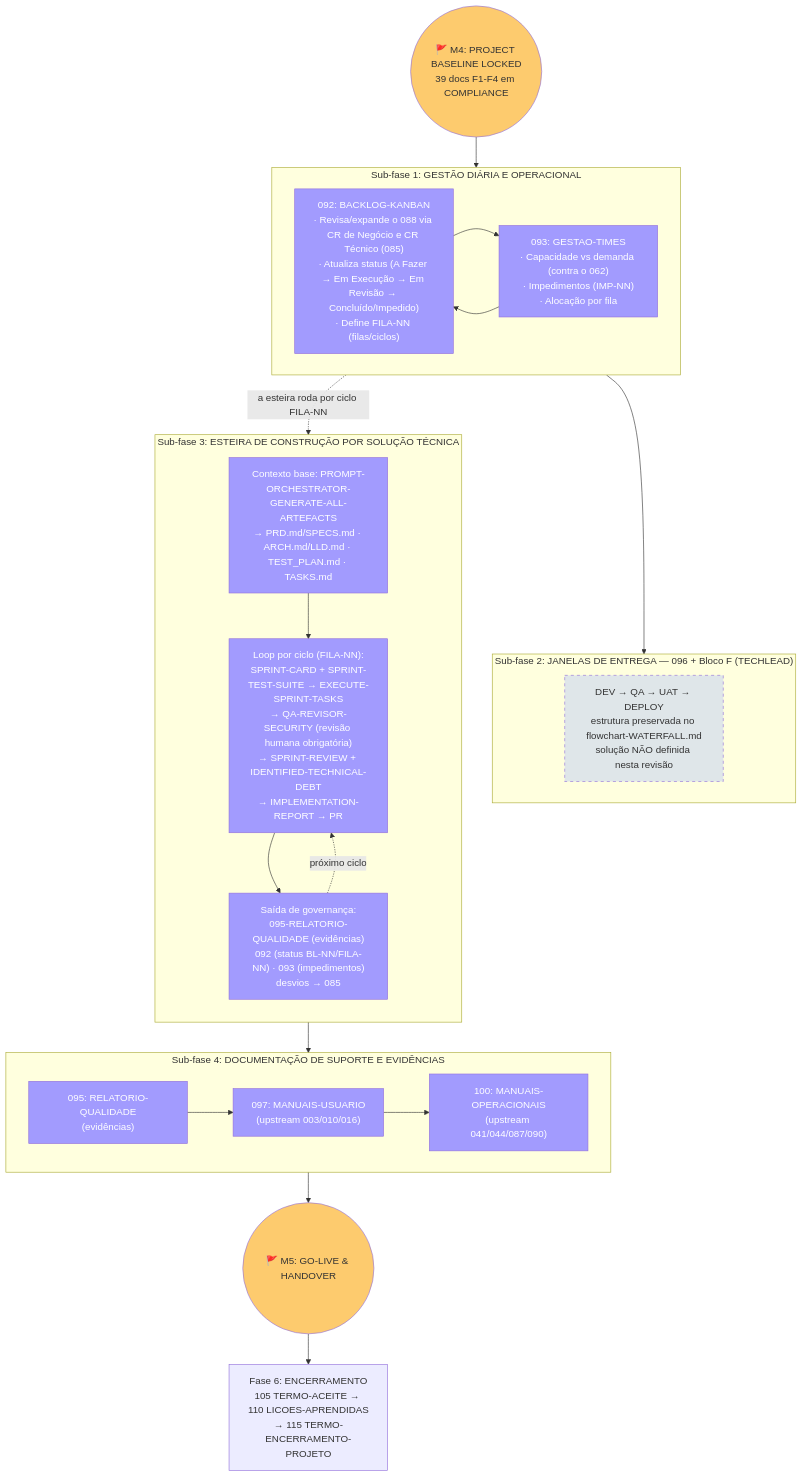
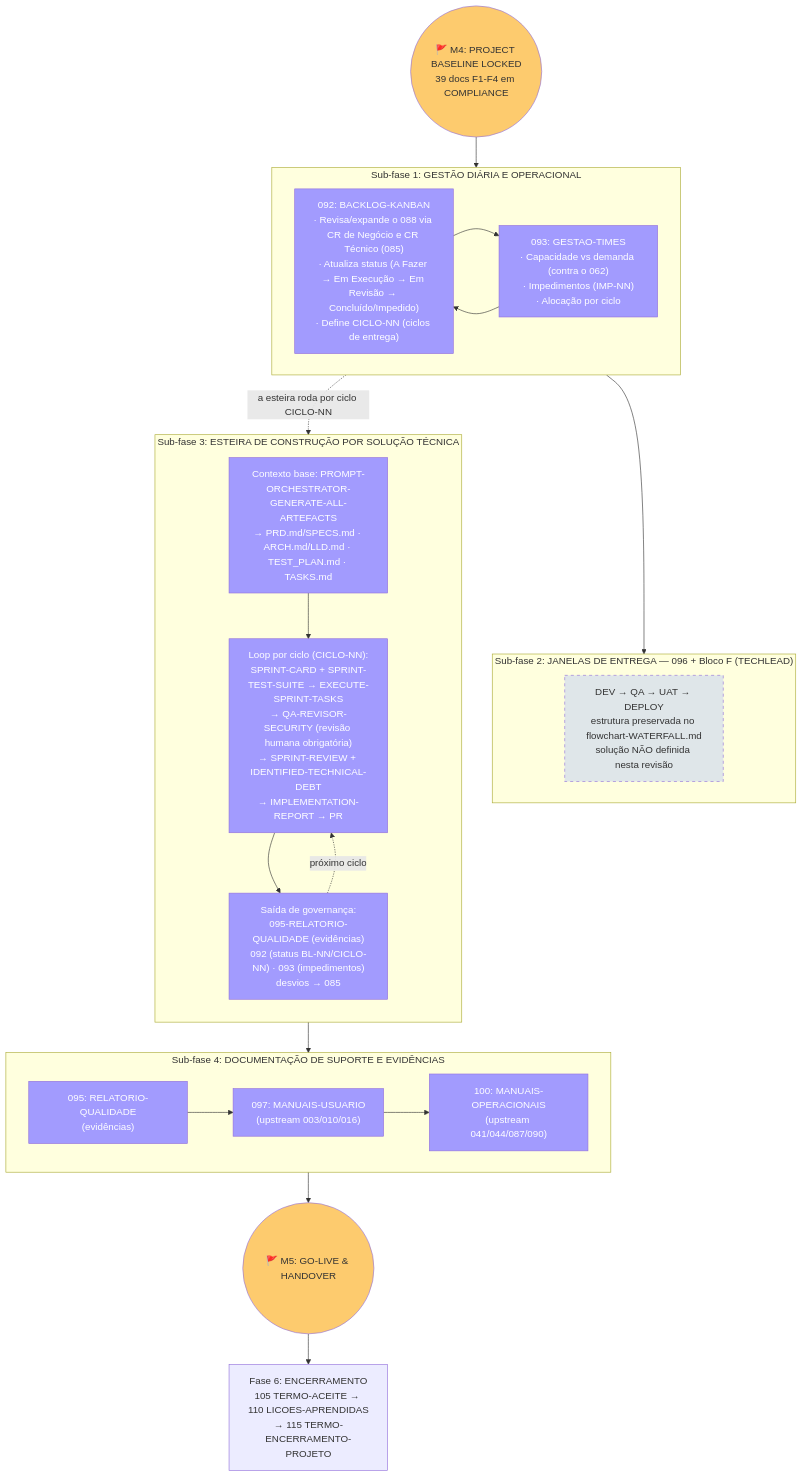
Before and after one commit to bolismar69/workspace-fbso: the fifth of 11 diagrams in .specs/prompts/project-documents-waterfall/FLOWCHART-PROMPT-ROADMAP-GENERATE-PROJECT-DOCUMENTS-WATERFALL.md, drawn with Mermaid. The commit also changed other lines of this file and 28 other files, not shown here.

First line of the commit message:
feat: vocabulário de execução — CICLO-NN, Sub-fase 1.5, 580-PACKAGE-BACKLOG, 590-ciclo-NNN e formas duplas ciclo/sprint

````diff
--- a/.specs/prompts/project-documents-waterfall/FLOWCHART-PROMPT-ROADMAP-GENERATE-PROJECT-DOCUMENTS-WATERFALL.md
+++ b/.specs/prompts/project-documents-waterfall/FLOWCHART-PROMPT-ROADMAP-GENERATE-PROJECT-DOCUMENTS-WATERFALL.md
@@ -430,50 +430,50 @@
 ```mermaid
 flowchart TD
     M4_IN(("🚩 M4: PROJECT BASELINE LOCKED<br/>39 docs F1-F4 em COMPLIANCE")) --> SF1
 
     subgraph SF1["Sub-fase 1: GESTÃO DIÁRIA E OPERACIONAL"]
         direction LR
-        D092_GEN["092: BACKLOG-KANBAN<br/>· Revisa/expande o 088 via CR de Negócio e CR Técnico (085)<br/>· Atualiza status (A Fazer → Em Execução → Em Revisão → Concluído/Impedido)<br/>· Define FILA-NN (filas/ciclos)"] --> D093_GEN["093: GESTAO-TIMES<br/>· Capacidade vs demanda (contra o 062)<br/>· Impedimentos (IMP-NN)<br/>· Alocação por fila"]
+        D092_GEN["092: BACKLOG-KANBAN<br/>· Revisa/expande o 088 via CR de Negócio e CR Técnico (085)<br/>· Atualiza status (A Fazer → Em Execução → Em Revisão → Concluído/Impedido)<br/>· Define CICLO-NN (ciclos de entrega)"] --> D093_GEN["093: GESTAO-TIMES<br/>· Capacidade vs demanda (contra o 062)<br/>· Impedimentos (IMP-NN)<br/>· Alocação por ciclo"]
         D093_GEN --> D092_GEN
     end
 
     SF1 --> SF2
 
     subgraph SF2["Sub-fase 2: JANELAS DE ENTREGA — 096 + Bloco F (TECHLEAD)"]
         JANELAS["DEV → QA → UAT → DEPLOY<br/>estrutura preservada no flowchart-WATERFALL.md<br/>solução NÃO definida nesta revisão"]
     end
 
-    SF1 -.->|"a esteira roda por ciclo FILA-NN"| SF3
+    SF1 -.->|"a esteira roda por ciclo CICLO-NN"| SF3
 
     subgraph SF3["Sub-fase 3: ESTEIRA DE CONSTRUÇÃO POR SOLUÇÃO TÉCNICA"]
         direction TB
-        CTX["Contexto base: PROMPT-ORCHESTRATOR-GENERATE-ALL-ARTEFACTS<br/>→ PRD.md/SPECS.md · ARCH.md/LLD.md · TEST_PLAN.md · TASKS.md"] --> CICLO["Loop por ciclo (FILA-NN):<br/>SPRINT-CARD + SPRINT-TEST-SUITE → EXECUTE-SPRINT-TASKS<br/>→ QA-REVISOR-SECURITY (revisão humana obrigatória)<br/>→ SPRINT-REVIEW + IDENTIFIED-TECHNICAL-DEBT<br/>→ IMPLEMENTATION-REPORT → PR"]
-        CICLO --> GOV["Saída de governança:<br/>095-RELATORIO-QUALIDADE (evidências)<br/>092 (status BL-NN/FILA-NN) · 093 (impedimentos)<br/>desvios → 085"]
+        CTX["Contexto base: PROMPT-ORCHESTRATOR-GENERATE-ALL-ARTEFACTS<br/>→ PRD.md/SPECS.md · ARCH.md/LLD.md · TEST_PLAN.md · TASKS.md"] --> CICLO["Loop por ciclo (CICLO-NN):<br/>SPRINT-CARD + SPRINT-TEST-SUITE → EXECUTE-SPRINT-TASKS<br/>→ QA-REVISOR-SECURITY (revisão humana obrigatória)<br/>→ SPRINT-REVIEW + IDENTIFIED-TECHNICAL-DEBT<br/>→ IMPLEMENTATION-REPORT → PR"]
+        CICLO --> GOV["Saída de governança:<br/>095-RELATORIO-QUALIDADE (evidências)<br/>092 (status BL-NN/CICLO-NN) · 093 (impedimentos)<br/>desvios → 085"]
         GOV -.->|"próximo ciclo"| CICLO
     end
 
     SF3 --> SF4
 
     subgraph SF4["Sub-fase 4: DOCUMENTAÇÃO DE SUPORTE E EVIDÊNCIAS"]
         direction LR
         D095F2["095: RELATORIO-QUALIDADE<br/>(evidências)"] --> D097F["097: MANUAIS-USUARIO<br/>(upstream 003/010/016)"]
         D097F --> D100F["100: MANUAIS-OPERACIONAIS<br/>(upstream 041/044/087/090)"]
     end
 
     SF4 --> M5_OUT(("🚩 M5: GO-LIVE & HANDOVER"))
     M5_OUT --> F6
 
     F6["Fase 6: ENCERRAMENTO<br/>105 TERMO-ACEITE → 110 LICOES-APRENDIDAS<br/>→ 115 TERMO-ENCERRAMENTO-PROJETO"]
 
     style D092_GEN fill:#a29bfe,color:#fff
     style D093_GEN fill:#a29bfe,color:#fff
     style JANELAS fill:#dfe6e9,color:#333,stroke-dasharray: 5 5
     style CTX fill:#a29bfe,color:#fff
     style CICLO fill:#a29bfe,color:#fff
     style GOV fill:#a29bfe,color:#fff
     style D095F2 fill:#a29bfe,color:#fff
     style D097F fill:#a29bfe,color:#fff
     style D100F fill:#a29bfe,color:#fff
     style M4_IN fill:#fdcb6e,color:#333
     style M5_OUT fill:#fdcb6e,color:#333
 ```
````
